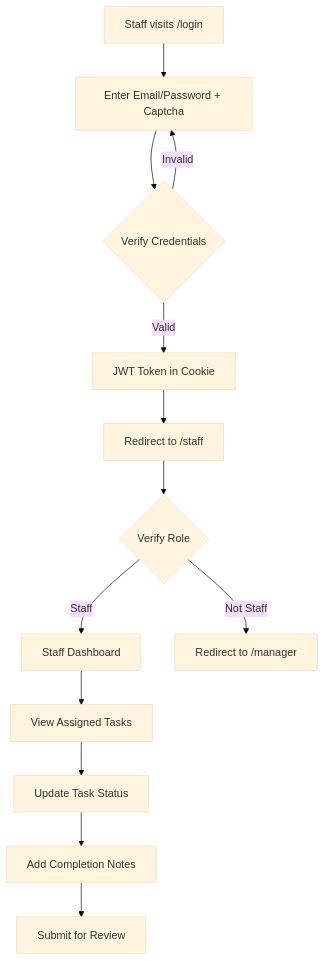
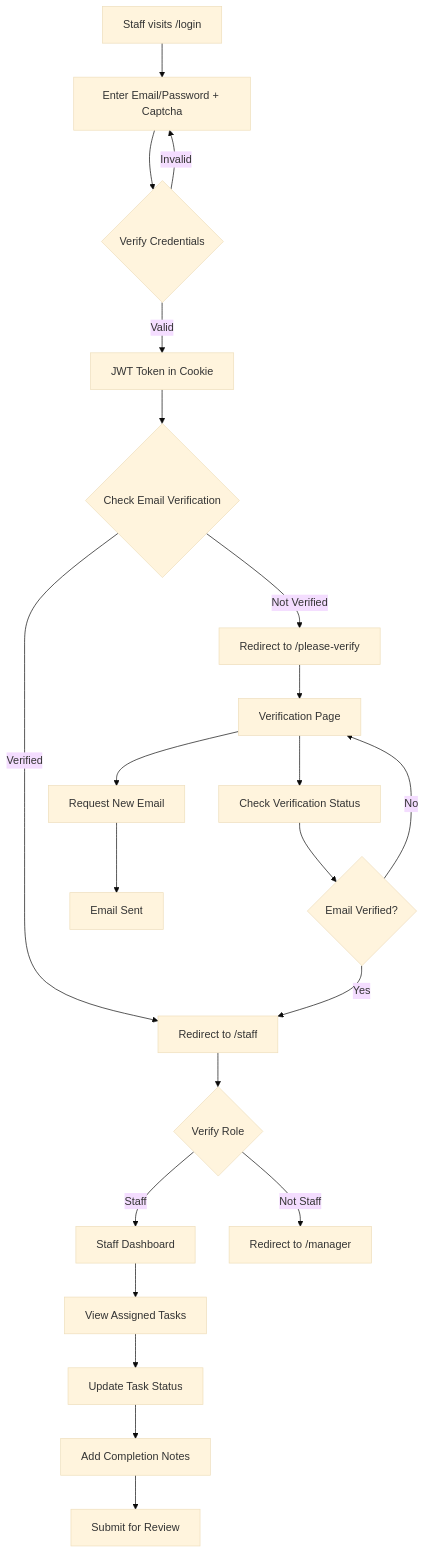
One commit to MuhWldns/task-management changed the fifth of 5 diagrams in readme.md. Above: the diagram before and after it, drawn with Mermaid (base theme). The commit also changed other lines of this file, not shown here.

````diff
--- a/readme.md
+++ b/readme.md
@@ -317,15 +366,24 @@
 ```mermaid
 graph TD
     A[Staff visits /login] --> B[Enter Email/Password + Captcha]
     B --> C{Verify Credentials}
     C -->|Valid| D[JWT Token in Cookie]
     C -->|Invalid| B
-    D --> E[Redirect to /staff]
-    E --> F{Verify Role}
-    F -->|Staff| G[Staff Dashboard]
-    F -->|Not Staff| H[Redirect to /manager]
-    G --> I[View Assigned Tasks]
-    I --> J[Update Task Status]
-    J --> K[Add Completion Notes]
-    K --> L[Submit for Review]
+    D --> E{Check Email Verification}
+    E -->|Verified| F[Redirect to /staff]
+    E -->|Not Verified| G[Redirect to /please-verify]
+    F --> H{Verify Role}
+    H -->|Staff| I[Staff Dashboard]
+    H -->|Not Staff| J[Redirect to /manager]
+    G --> K[Verification Page]
+    K --> L[Request New Email]
+    K --> M[Check Verification Status]
+    L --> N[Email Sent]
+    M --> O{Email Verified?}
+    O -->|Yes| F
+    O -->|No| K
+    I --> P[View Assigned Tasks]
+    P --> Q[Update Task Status]
+    Q --> R[Add Completion Notes]
+    R --> S[Submit for Review]
 ```
````
